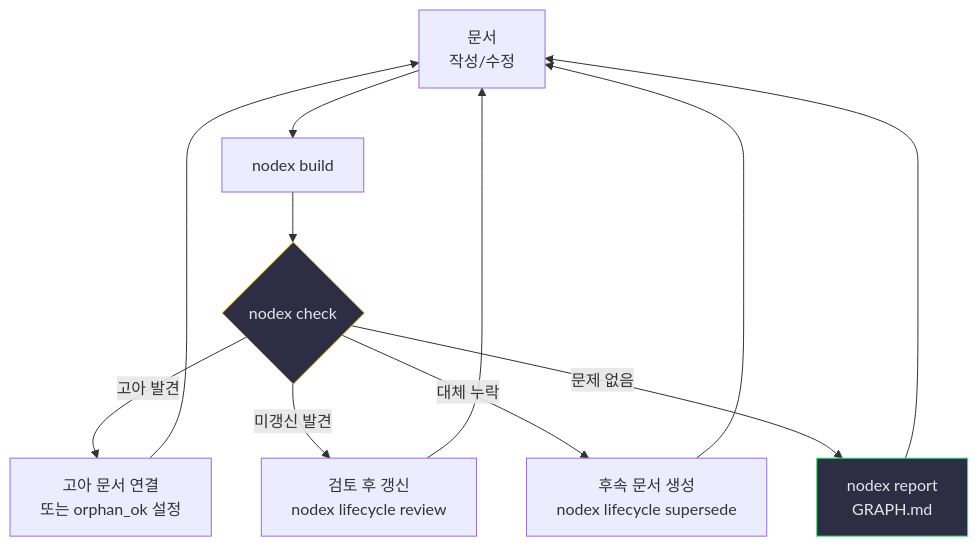
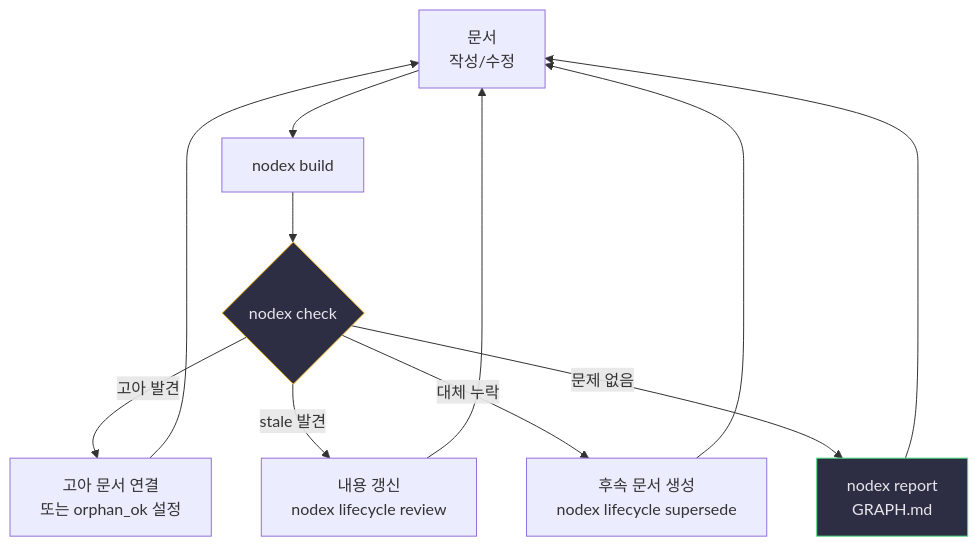
Before and after one commit to junyeong-ai/nodex: the fifth of 5 diagrams in README.ko.md, drawn with Mermaid. The commit also changed other lines of this file and 1 other file, not shown here.

First line of the commit message:
docs(readme): rewrite for depth with JSON contract and architecture deep-dive

````diff
--- a/README.ko.md
+++ b/README.ko.md
@@ -185,16 +515,16 @@
 ```mermaid
 flowchart TB
     W["문서<br/>작성/수정"] --> B["nodex build"]
     B --> C{"nodex check"}
     C -- "고아 발견" --> FO["고아 문서 연결<br/>또는 orphan_ok 설정"]
-    C -- "미갱신 발견" --> FS["검토 후 갱신<br/>nodex lifecycle review"]
+    C -- "stale 발견" --> FS["내용 갱신<br/>nodex lifecycle review"]
     C -- "대체 누락" --> FL["후속 문서 생성<br/>nodex lifecycle supersede"]
     C -- "문제 없음" --> R["nodex report<br/>GRAPH.md"]
     FO --> W
     FS --> W
     FL --> W
     R --> W
 
     style C fill:#2d2d44,color:#e5e7eb,stroke:#fbbf24
     style R fill:#2d2d44,color:#e5e7eb,stroke:#4ade80
 ```
````
